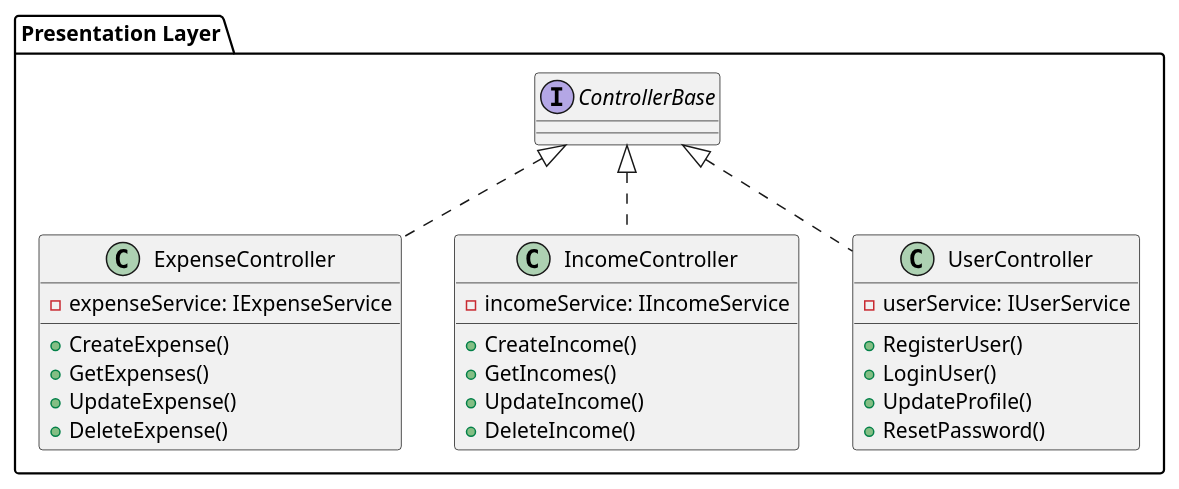
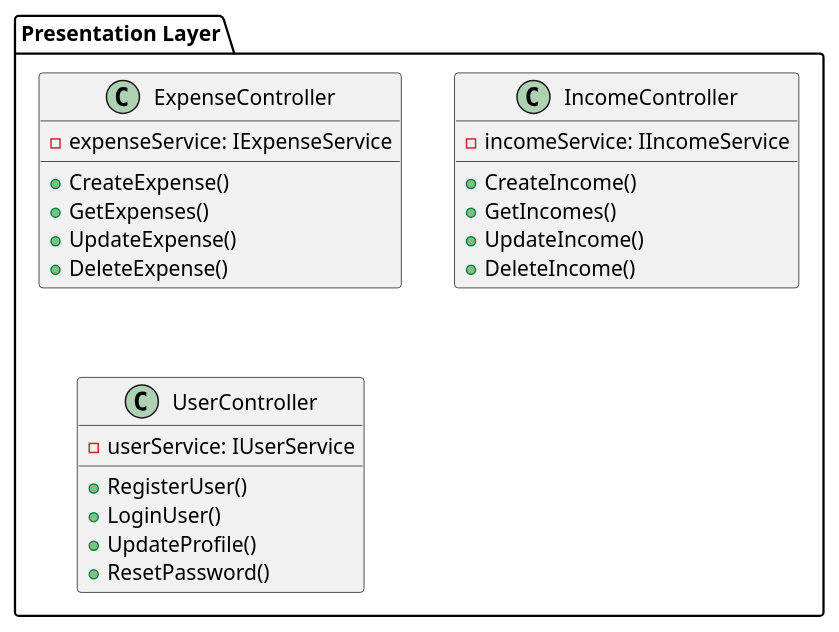
The diagram in docs/uml/presentation.puml (programacion-6/ExpenseTrackerGrupo2), drawn with PlantUML before and after one commit.

Commit message:
docs: remove native relationship

```diff
--- a/docs/uml/presentation.puml
+++ b/docs/uml/presentation.puml
@@ -1,29 +1,29 @@
 @startuml Presentation
 
 package "Presentation Layer" {
-    class ExpenseController implements ControllerBase {
+    class ExpenseController {
         - expenseService: IExpenseService
         + CreateExpense()
         + GetExpenses()
         + UpdateExpense()
         + DeleteExpense()
     }
 
-    class IncomeController implements ControllerBase {
+    class IncomeController {
         - incomeService: IIncomeService
         + CreateIncome()
         + GetIncomes()
         + UpdateIncome()
         + DeleteIncome()
     }
 
-    class UserController implements ControllerBase {
+    class UserController {
         - userService: IUserService
         + RegisterUser()
         + LoginUser()
         + UpdateProfile()
         + ResetPassword()
     }
 }
 
 @enduml
```
